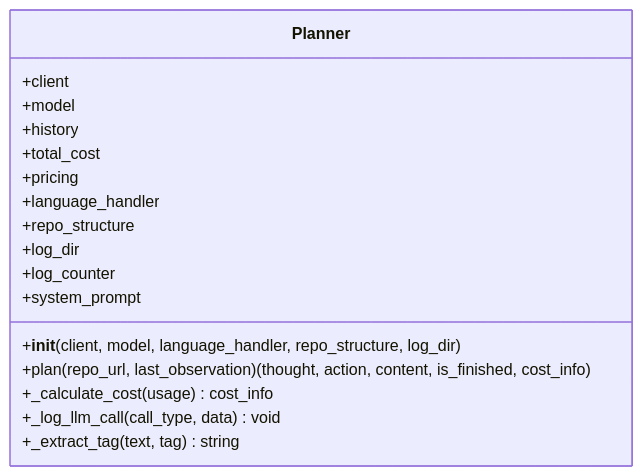
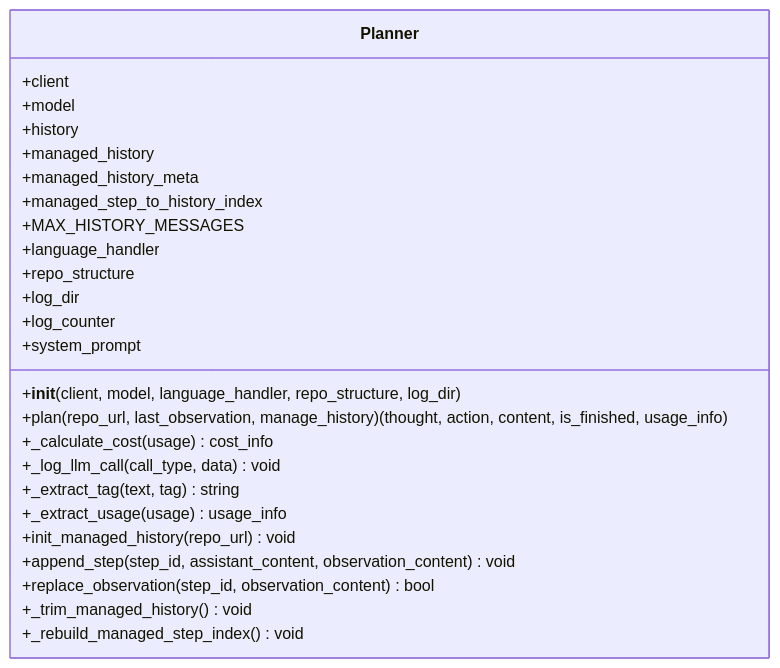
Before and after one commit to Jayint/Jayint-repo: the third of 10 diagrams in .qoder/repowiki/zh/content/核心组件/Planner 模块.md, drawn with Mermaid. The commit also changed other lines of this file and 168 other files, not shown here.

````diff
--- a/.qoder/repowiki/zh/content/核心组件/Planner 模块.md
+++ b/.qoder/repowiki/zh/content/核心组件/Planner 模块.md
@@ -157,20 +145,28 @@
 ```mermaid
 classDiagram
 class Planner {
 +client
 +model
 +history
-+total_cost
-+pricing
++managed_history
++managed_history_meta
++managed_step_to_history_index
++MAX_HISTORY_MESSAGES
 +language_handler
 +repo_structure
 +log_dir
 +log_counter
 +system_prompt
 +__init__(client, model, language_handler, repo_structure, log_dir)
-+plan(repo_url, last_observation) (thought, action, content, is_finished, cost_info)
++plan(repo_url, last_observation, manage_history) (thought, action, content, is_finished, usage_info)
 +_calculate_cost(usage) cost_info
 +_log_llm_call(call_type, data) void
 +_extract_tag(text, tag) string
++_extract_usage(usage) usage_info
++init_managed_history(repo_url) void
++append_step(step_id, assistant_content, observation_content) void
++replace_observation(step_id, observation_content) bool
++_trim_managed_history() void
++_rebuild_managed_step_index() void
 }
 ```
````
